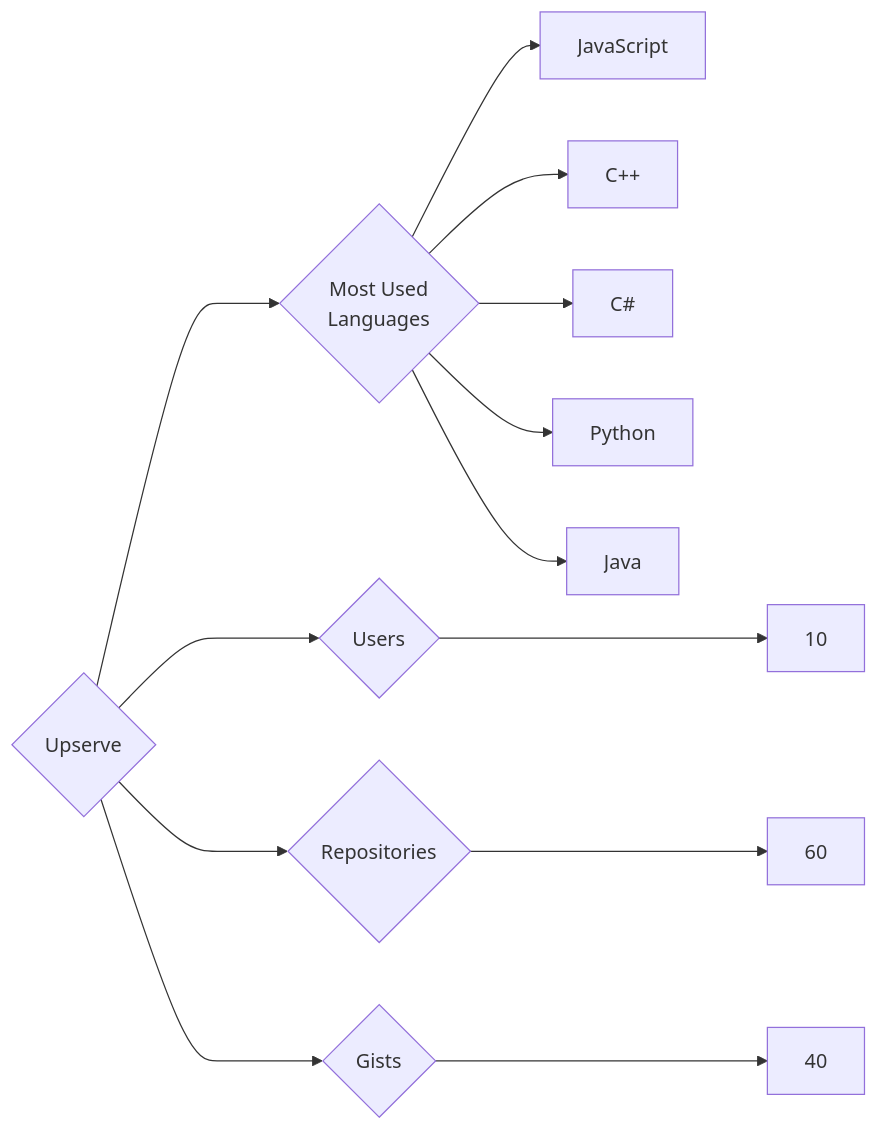
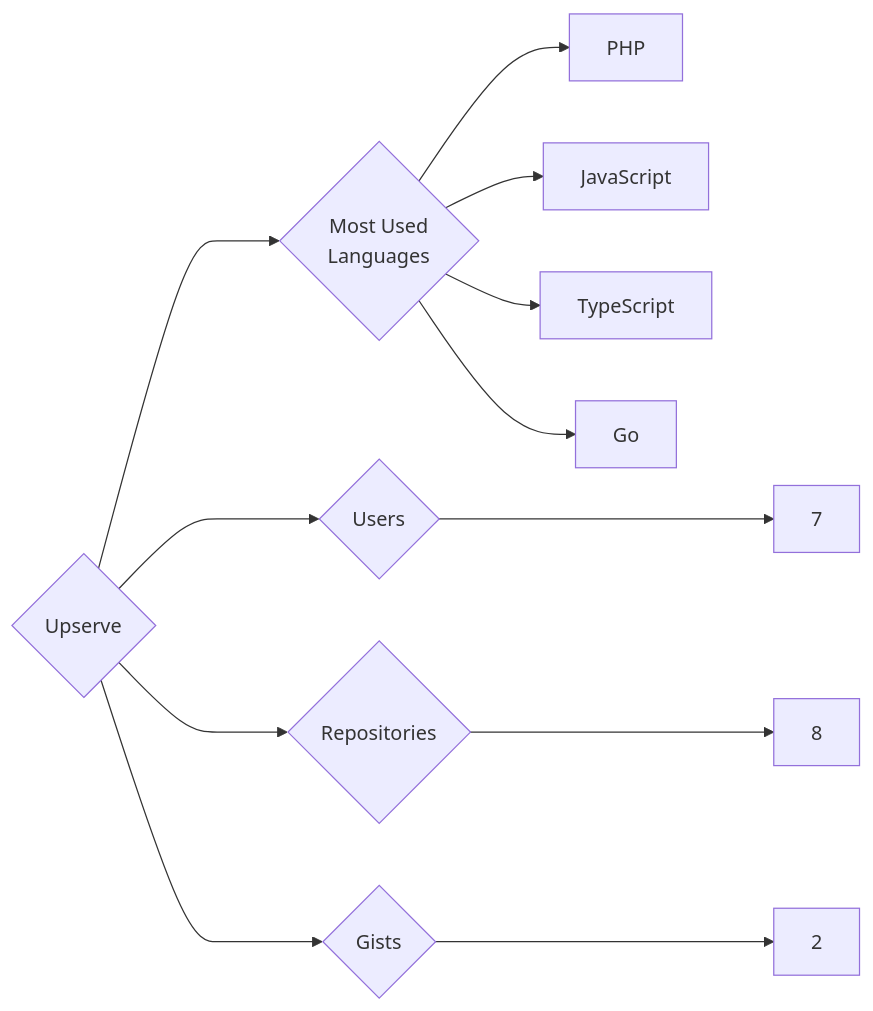
One commit to trickest/insiders changed the diagram in targets/Upserve/README.md. Above: the diagram before and after it, drawn with Mermaid. The commit also changed 973 other files, not shown here.

````diff
--- a/targets/Upserve/README.md
+++ b/targets/Upserve/README.md
@@ -3,13 +3,12 @@
 ```mermaid
 graph LR
 COMPANY_NAME{Upserve}
-COMPANY_NAME ---> U{Users} ---> UN[10]
-COMPANY_NAME ---> R{Repositories} ---> RN[60]
-COMPANY_NAME ---> G{Gists} ---> GN[40]
+COMPANY_NAME ---> U{Users} ---> UN[7]
+COMPANY_NAME ---> R{Repositories} ---> RN[8]
+COMPANY_NAME ---> G{Gists} ---> GN[2]
 COMPANY_NAME ---> ML{Most Used<br>Languages}
+ML --> PHP[PHP]
 ML --> JavaScript[JavaScript]
-ML --> C++[C++]
-ML --> C#[C#]
-ML --> Python[Python]
-ML --> Java[Java]
+ML --> TypeScript[TypeScript]
+ML --> Go[Go]
 ```
````
